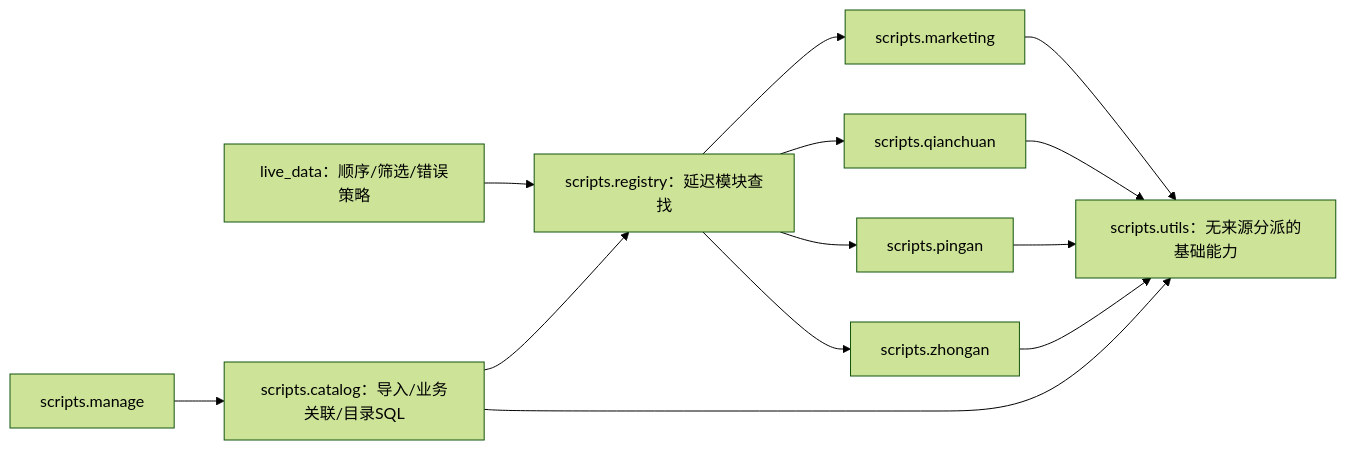
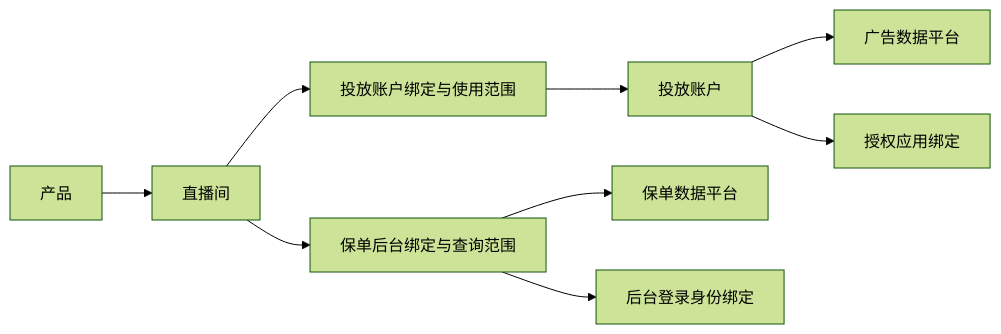
Before and after one commit to OnfireMrHuang/staffhub: the second of 4 diagrams in live_data_design/SPEC.md, drawn with Mermaid (forest theme). The commit also changed other lines of this file and 33 other files, not shown here.

````diff
--- a/live_data_design/SPEC.md
+++ b/live_data_design/SPEC.md
@@ -55,15 +52,11 @@
 ```mermaid
 flowchart LR
-    D[live_data：顺序/筛选/错误策略] --> R[scripts.registry：延迟模块查找]
-    R --> M[scripts.marketing]
-    R --> Q[scripts.qianchuan]
-    R --> P[scripts.pingan]
-    R --> Z[scripts.zhongan]
-    M --> U[scripts.utils：无来源分派的基础能力]
-    Q --> U
-    P --> U
-    Z --> U
-    G[scripts.manage] --> C[scripts.catalog：导入/业务关联/目录SQL]
-    C --> R
-    C --> U
+    P[产品] --> R[直播间]
+    R --> B[投放账户绑定与使用范围]
+    B --> AC[投放账户]
+    AC --> AP[广告数据平台]
+    AC --> AU[授权应用绑定]
+    R --> PB[保单后台绑定与查询范围]
+    PB --> PP[保单数据平台]
+    PB --> L[后台登录身份绑定]
 ```
````
